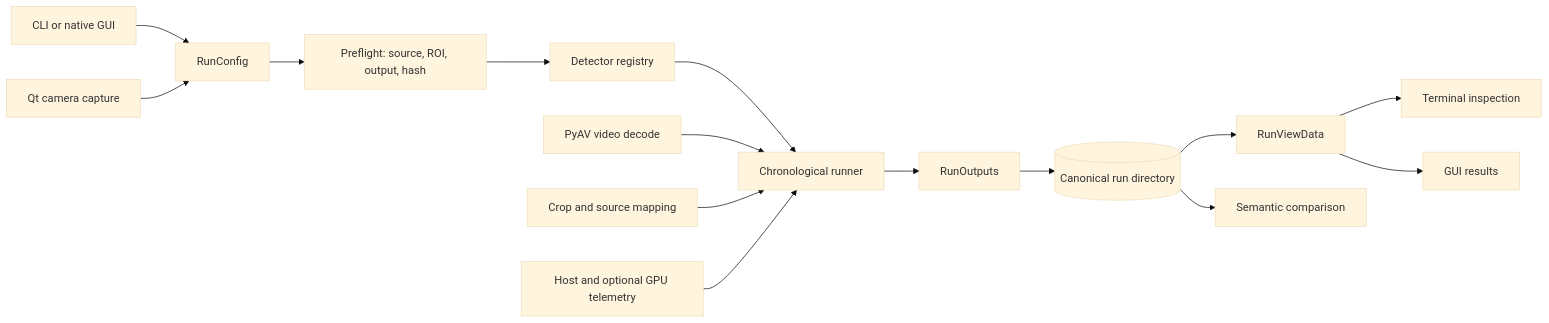
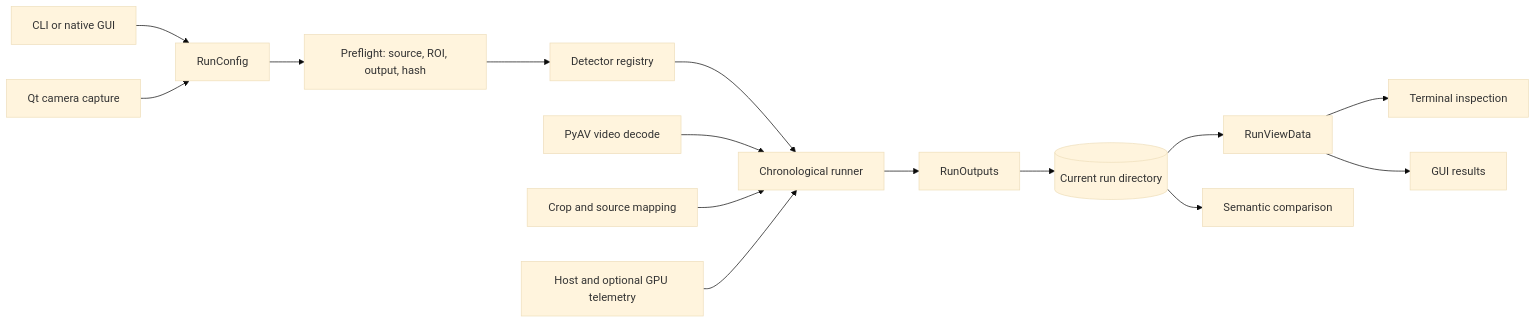
One commit to williamshayden/squint changed the diagram in docs/architecture-review.md. Above: the diagram before and after it, drawn with Mermaid (base theme). The commit also changed other lines of this file, not shown here.

Commit message:
docs: address architecture review findings

````diff
--- a/docs/architecture-review.md
+++ b/docs/architecture-review.md
@@ -112,17 +112,17 @@
 ```mermaid
 flowchart LR
     User[CLI or native GUI] --> Config[RunConfig]
     Camera[Qt camera capture] --> Config
     Config --> Preflight[Preflight: source, ROI, output, hash]
     Preflight --> Registry[Detector registry]
     Registry --> Runner[Chronological runner]
     Video[PyAV video decode] --> Runner
     Geometry[Crop and source mapping] --> Runner
     Telemetry[Host and optional GPU telemetry] --> Runner
     Runner --> Writer[RunOutputs]
-    Writer --> Artifacts[(Canonical run directory)]
+    Writer --> Artifacts[(Current run directory)]
     Artifacts --> View[RunViewData]
     View --> Inspect[Terminal inspection]
     View --> Results[GUI results]
     Artifacts --> Compare[Semantic comparison]
 ```
````
